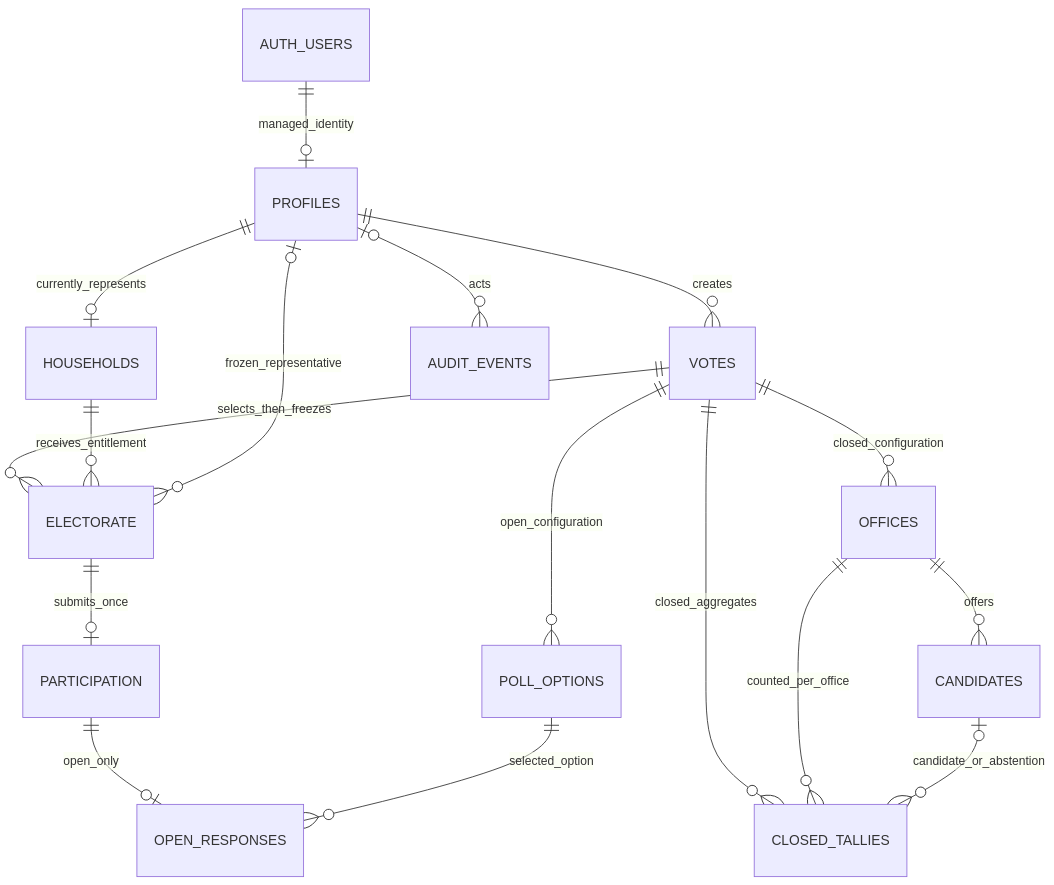
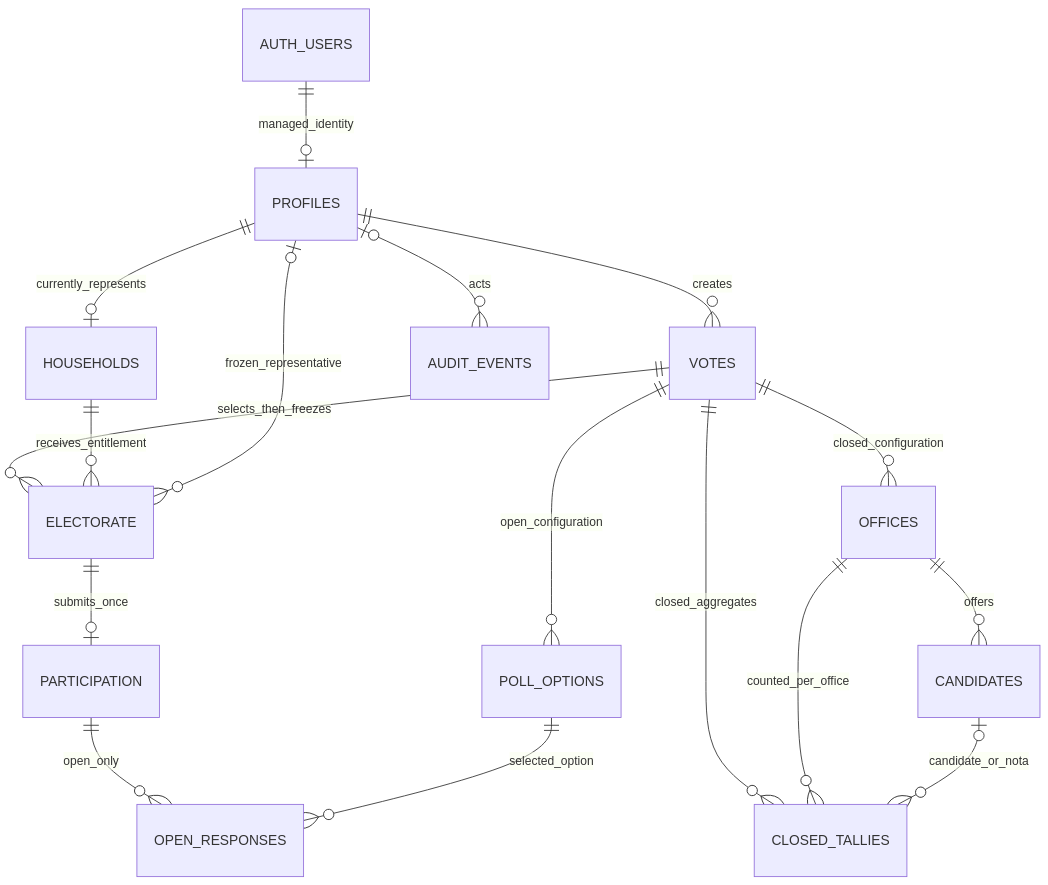
One commit to abhishek-r-patel/arp-civic-pulse changed the diagram in docs/DATABASE.md. Above: the diagram before and after it, drawn with Mermaid. The commit also changed other lines of this file and 185 other files, not shown here.

````diff
--- a/docs/DATABASE.md
+++ b/docs/DATABASE.md
@@ -270,19 +282,19 @@
 ```mermaid
 erDiagram
     AUTH_USERS ||--o| PROFILES : managed_identity
     PROFILES ||--o| HOUSEHOLDS : currently_represents
     PROFILES ||--o{ VOTES : creates
     PROFILES o|--o{ AUDIT_EVENTS : acts
     VOTES ||--o{ OFFICES : closed_configuration
     OFFICES ||--o{ CANDIDATES : offers
     VOTES ||--o{ POLL_OPTIONS : open_configuration
     VOTES ||--o{ ELECTORATE : selects_then_freezes
     HOUSEHOLDS ||--o{ ELECTORATE : receives_entitlement
     PROFILES o|--o{ ELECTORATE : frozen_representative
     ELECTORATE ||--o| PARTICIPATION : submits_once
-    PARTICIPATION ||--o| OPEN_RESPONSES : open_only
+    PARTICIPATION ||--o{ OPEN_RESPONSES : open_only
     POLL_OPTIONS ||--o{ OPEN_RESPONSES : selected_option
     VOTES ||--o{ CLOSED_TALLIES : closed_aggregates
     OFFICES ||--o{ CLOSED_TALLIES : counted_per_office
-    CANDIDATES o|--o{ CLOSED_TALLIES : candidate_or_abstention
+    CANDIDATES o|--o{ CLOSED_TALLIES : candidate_or_nota
 ```
````
